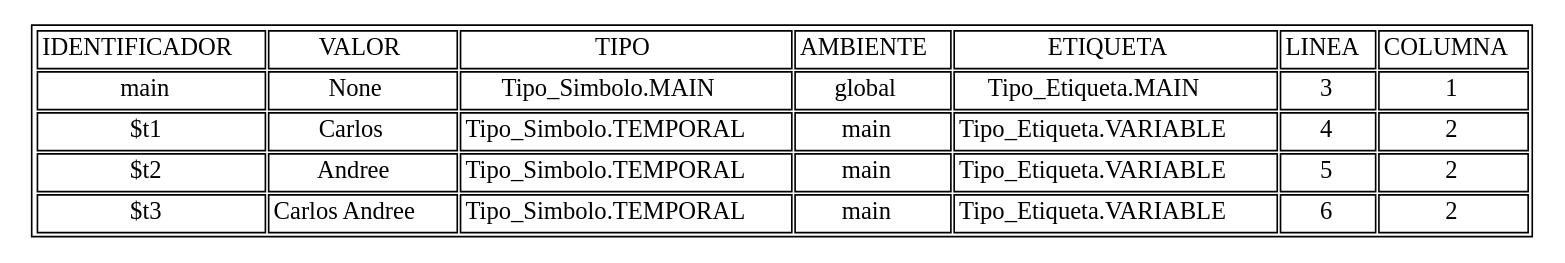
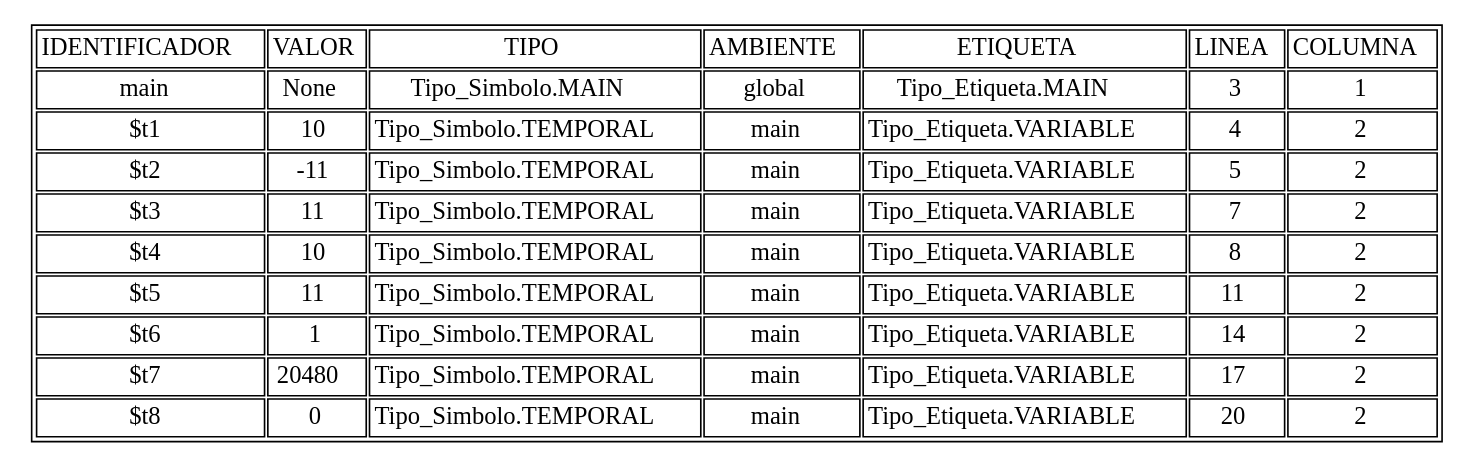
The diagram in tablasimbolos.dot (AndreeAvalos/OLC2-AUGUS), drawn with Graphviz before and after one commit. The commit also changed 7 other files, not shown here.

```diff
--- a/tablasimbolos.dot
+++ b/tablasimbolos.dot
@@ -1,12 +1,17 @@
 digraph tabla{
 graph [ratio=fill];node [label="\N", fontsize=15, shape=plaintext];
 graph [bb="0,0,352,154"];
 arset [label=<<TABLE ALIGN="LEFT">
 <TR><TD>IDENTIFICADOR</TD><TD>VALOR</TD><TD>TIPO</TD><TD>AMBIENTE</TD><TD>ETIQUETA</TD><TD>LINEA</TD><TD>COLUMNA</TD></TR>
 <TR><TD>main</TD><TD>None</TD><TD>Tipo_Simbolo.MAIN</TD><TD>global</TD><TD>Tipo_Etiqueta.MAIN</TD><TD>3</TD><TD>1</TD></TR>
-<TR><TD>$t1</TD><TD>Carlos </TD><TD>Tipo_Simbolo.TEMPORAL</TD><TD>main</TD><TD>Tipo_Etiqueta.VARIABLE</TD><TD>4</TD><TD>2</TD></TR>
-<TR><TD>$t2</TD><TD>Andree</TD><TD>Tipo_Simbolo.TEMPORAL</TD><TD>main</TD><TD>Tipo_Etiqueta.VARIABLE</TD><TD>5</TD><TD>2</TD></TR>
-<TR><TD>$t3</TD><TD>Carlos Andree</TD><TD>Tipo_Simbolo.TEMPORAL</TD><TD>main</TD><TD>Tipo_Etiqueta.VARIABLE</TD><TD>6</TD><TD>2</TD></TR>
+<TR><TD>$t1</TD><TD>10</TD><TD>Tipo_Simbolo.TEMPORAL</TD><TD>main</TD><TD>Tipo_Etiqueta.VARIABLE</TD><TD>4</TD><TD>2</TD></TR>
+<TR><TD>$t2</TD><TD>-11</TD><TD>Tipo_Simbolo.TEMPORAL</TD><TD>main</TD><TD>Tipo_Etiqueta.VARIABLE</TD><TD>5</TD><TD>2</TD></TR>
+<TR><TD>$t3</TD><TD>11</TD><TD>Tipo_Simbolo.TEMPORAL</TD><TD>main</TD><TD>Tipo_Etiqueta.VARIABLE</TD><TD>7</TD><TD>2</TD></TR>
+<TR><TD>$t4</TD><TD>10</TD><TD>Tipo_Simbolo.TEMPORAL</TD><TD>main</TD><TD>Tipo_Etiqueta.VARIABLE</TD><TD>8</TD><TD>2</TD></TR>
+<TR><TD>$t5</TD><TD>11</TD><TD>Tipo_Simbolo.TEMPORAL</TD><TD>main</TD><TD>Tipo_Etiqueta.VARIABLE</TD><TD>11</TD><TD>2</TD></TR>
+<TR><TD>$t6</TD><TD>1</TD><TD>Tipo_Simbolo.TEMPORAL</TD><TD>main</TD><TD>Tipo_Etiqueta.VARIABLE</TD><TD>14</TD><TD>2</TD></TR>
+<TR><TD>$t7</TD><TD>20480</TD><TD>Tipo_Simbolo.TEMPORAL</TD><TD>main</TD><TD>Tipo_Etiqueta.VARIABLE</TD><TD>17</TD><TD>2</TD></TR>
+<TR><TD>$t8</TD><TD>0</TD><TD>Tipo_Simbolo.TEMPORAL</TD><TD>main</TD><TD>Tipo_Etiqueta.VARIABLE</TD><TD>20</TD><TD>2</TD></TR>
 </TABLE>
 >, ];
 }
```
